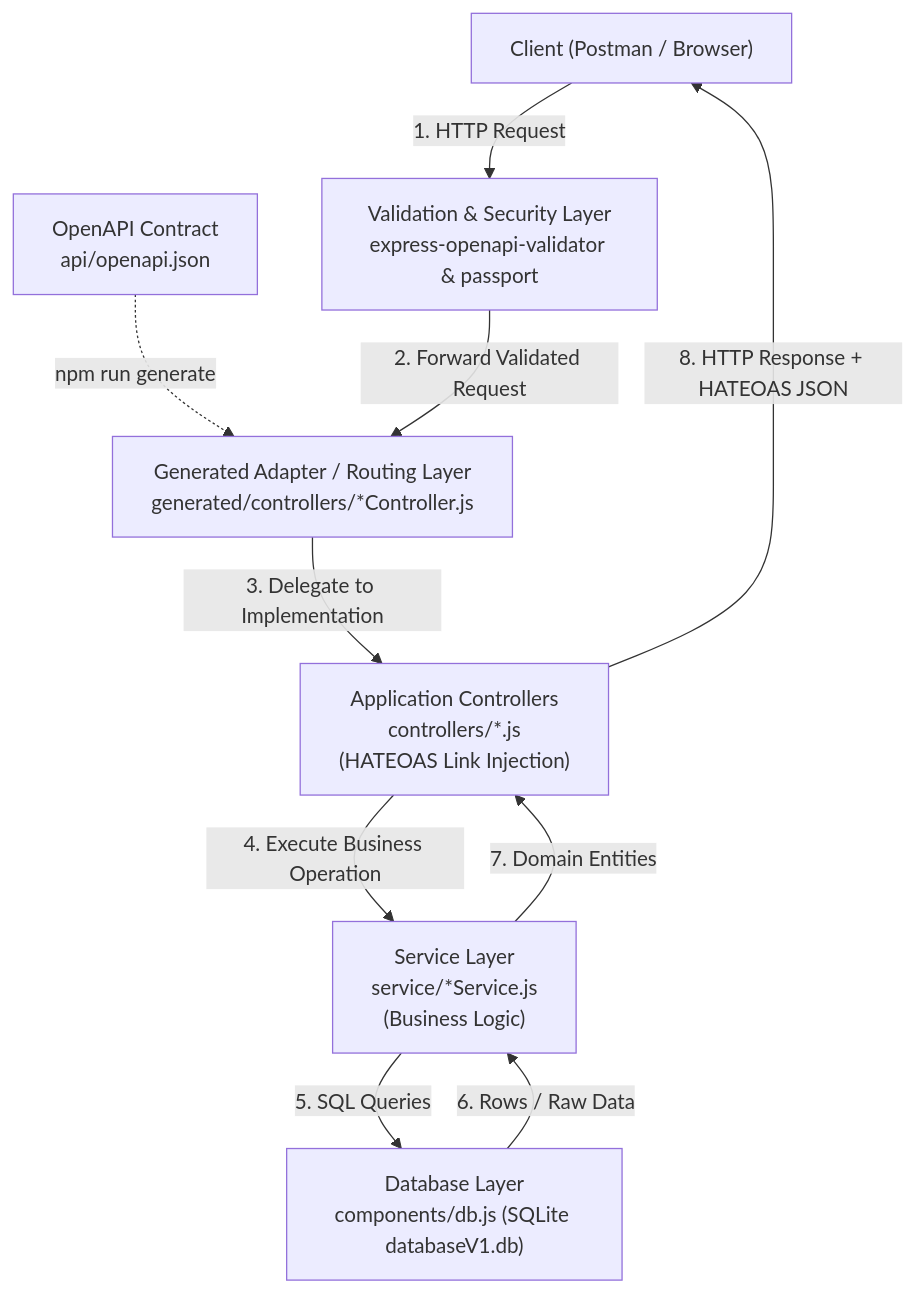
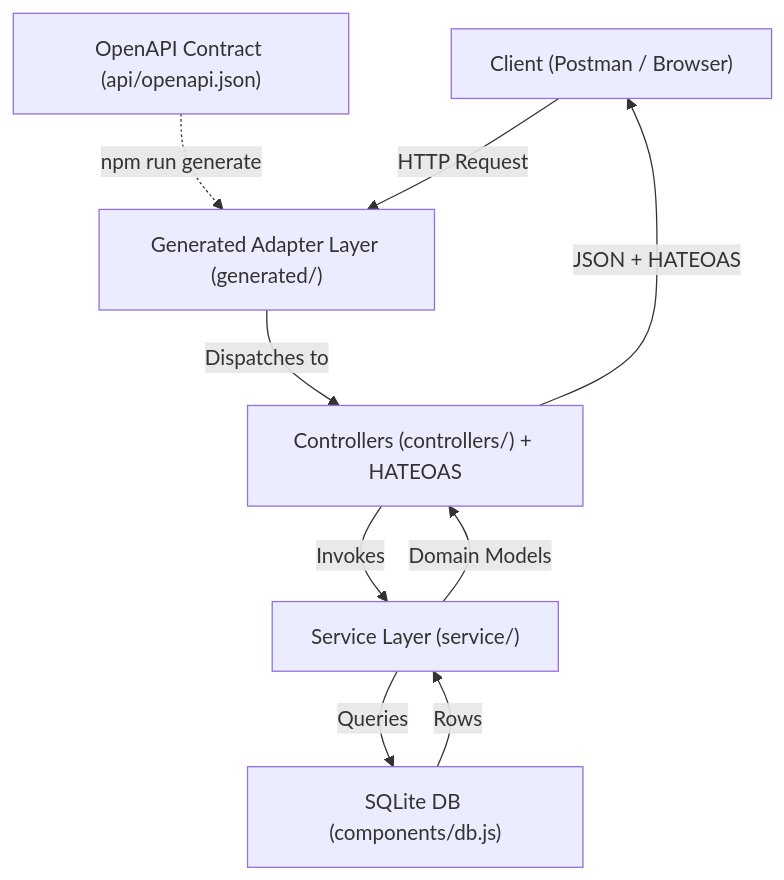
The diagram in README.md (sdoublesm/dsp-film-manager), drawn with Mermaid before and after one commit. The commit also changed other lines of this file, not shown here.

````diff
--- a/README.md
+++ b/README.md
@@ -13,20 +7,18 @@
 ```mermaid
 flowchart TD
     Client["Client (Postman / Browser)"]
-    OpenAPI["OpenAPI Contract<br/>api/openapi.json"]
-    GenLayer["Generated Adapter / Routing Layer<br/>generated/controllers/*Controller.js"]
-    Validators["Validation & Security Layer<br/>express-openapi-validator & passport"]
-    Controllers["Application Controllers<br/>controllers/*.js<br/>(HATEOAS Link Injection)"]
-    Services["Service Layer<br/>service/*Service.js<br/>(Business Logic)"]
-    DB["Database Layer<br/>components/db.js (SQLite databaseV1.db)"]
+    OpenAPI["OpenAPI Contract (api/openapi.json)"]
+    Adapter["Generated Adapter Layer (generated/)"]
+    Controllers["Controllers (controllers/) + HATEOAS"]
+    Services["Service Layer (service/)"]
+    DB["SQLite DB (components/db.js)"]
 
-    OpenAPI -.->|"npm run generate"| GenLayer
-    Client -->|"1. HTTP Request"| Validators
-    Validators -->|"2. Forward Validated Request"| GenLayer
-    GenLayer -->|"3. Delegate to Implementation"| Controllers
-    Controllers -->|"4. Execute Business Operation"| Services
-    Services -->|"5. SQL Queries"| DB
-    DB -->|"6. Rows / Raw Data"| Services
-    Services -->|"7. Domain Entities"| Controllers
-    Controllers -->|"8. HTTP Response + HATEOAS JSON"| Client
+    OpenAPI -.->|"npm run generate"| Adapter
+    Client -->|"HTTP Request"| Adapter
+    Adapter -->|"Dispatches to"| Controllers
+    Controllers -->|"Invokes"| Services
+    Services -->|"Queries"| DB
+    DB -->|"Rows"| Services
+    Services -->|"Domain Models"| Controllers
+    Controllers -->|"JSON + HATEOAS"| Client
 ```
````
